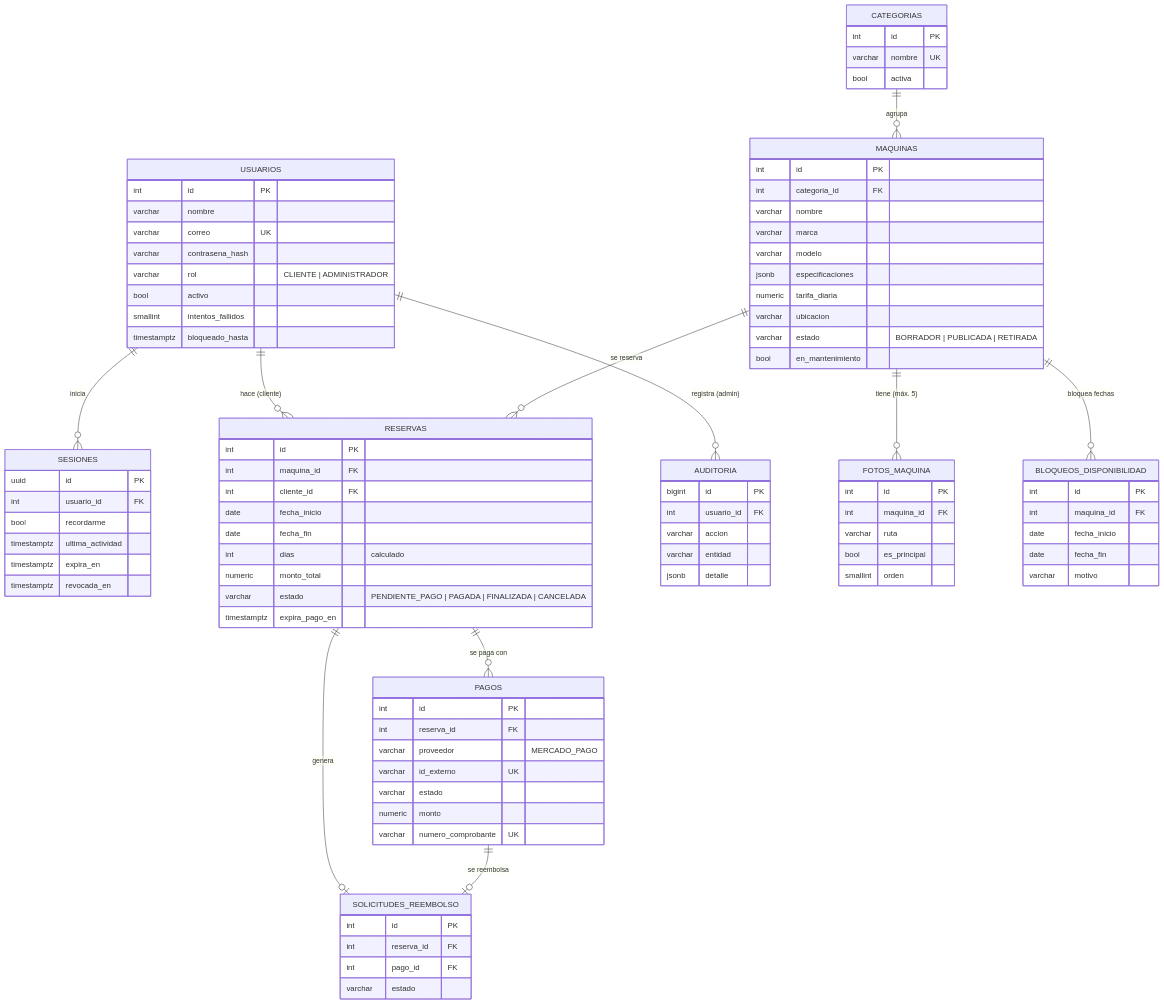
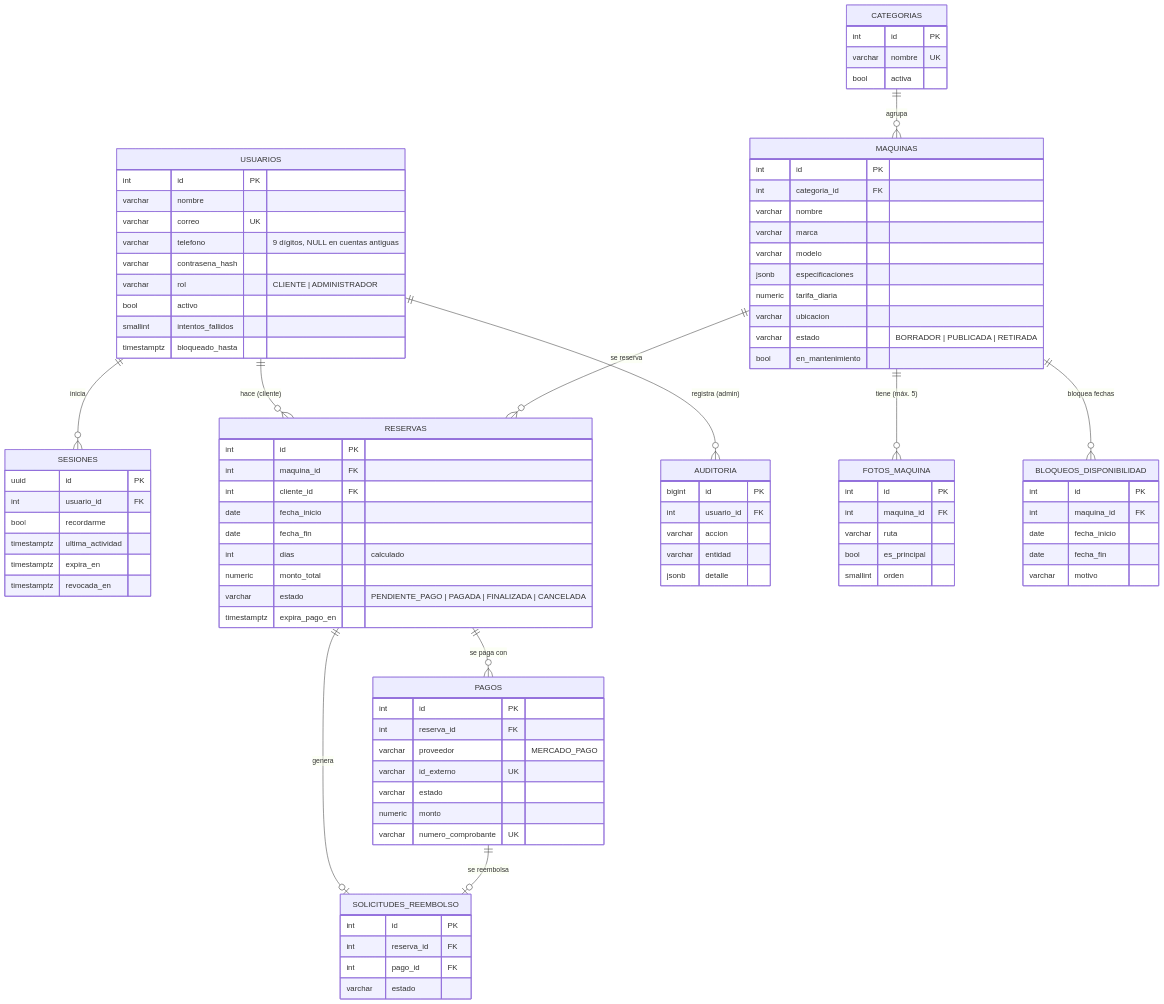
Before and after one commit to kevinrujel26-arch/agiledevelo: the first of 2 diagrams in docs/base-de-datos.md, drawn with Mermaid. The commit also changed other lines of this file and 15 other files, not shown here.

```diff
--- a/docs/base-de-datos.md
+++ b/docs/base-de-datos.md
@@ -30,6 +31,7 @@
         int id PK
         varchar nombre
         varchar correo UK
+        varchar telefono "9 dígitos, NULL en cuentas antiguas"
         varchar contrasena_hash
         varchar rol "CLIENTE | ADMINISTRADOR"
         bool activo
```
